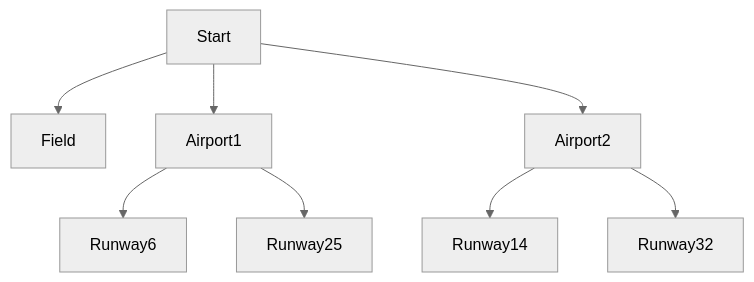
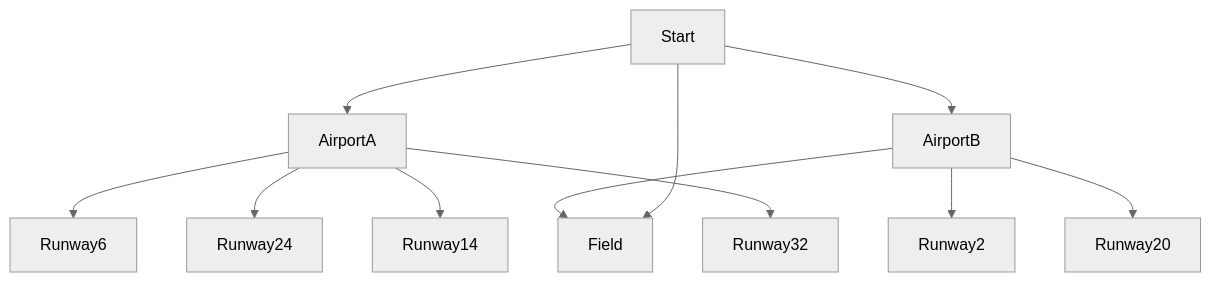
One commit to AllieWalsh51/AllieWalsh51.github.io changed the diagram in projects/game/README.md. Above: the diagram before and after it, drawn with Mermaid (neutral theme).

Commit message:
Found error, fixed error

````diff
--- a/projects/game/README.md
+++ b/projects/game/README.md
@@ -7,11 +7,13 @@
 ```mermaid
 graph TD;
 Start-->Field;
-Start-->Airport1;
-Start-->Airport2;
-Airport1-->Runway6;
-Airport1-->Runway25;
-Airport2-->Runway14;
-Airport2-->Runway32;
-
+Start-->AirportA;
+Start-->AirportB;
+AirportA-->Runway6;
+AirportA-->Runway24;
+AirportA-->Runway14;
+AirportA-->Runway32;
+AirportB-->Runway2;
+AirportB-->Runway20;
+AirportB-->Field;
 ```
````
